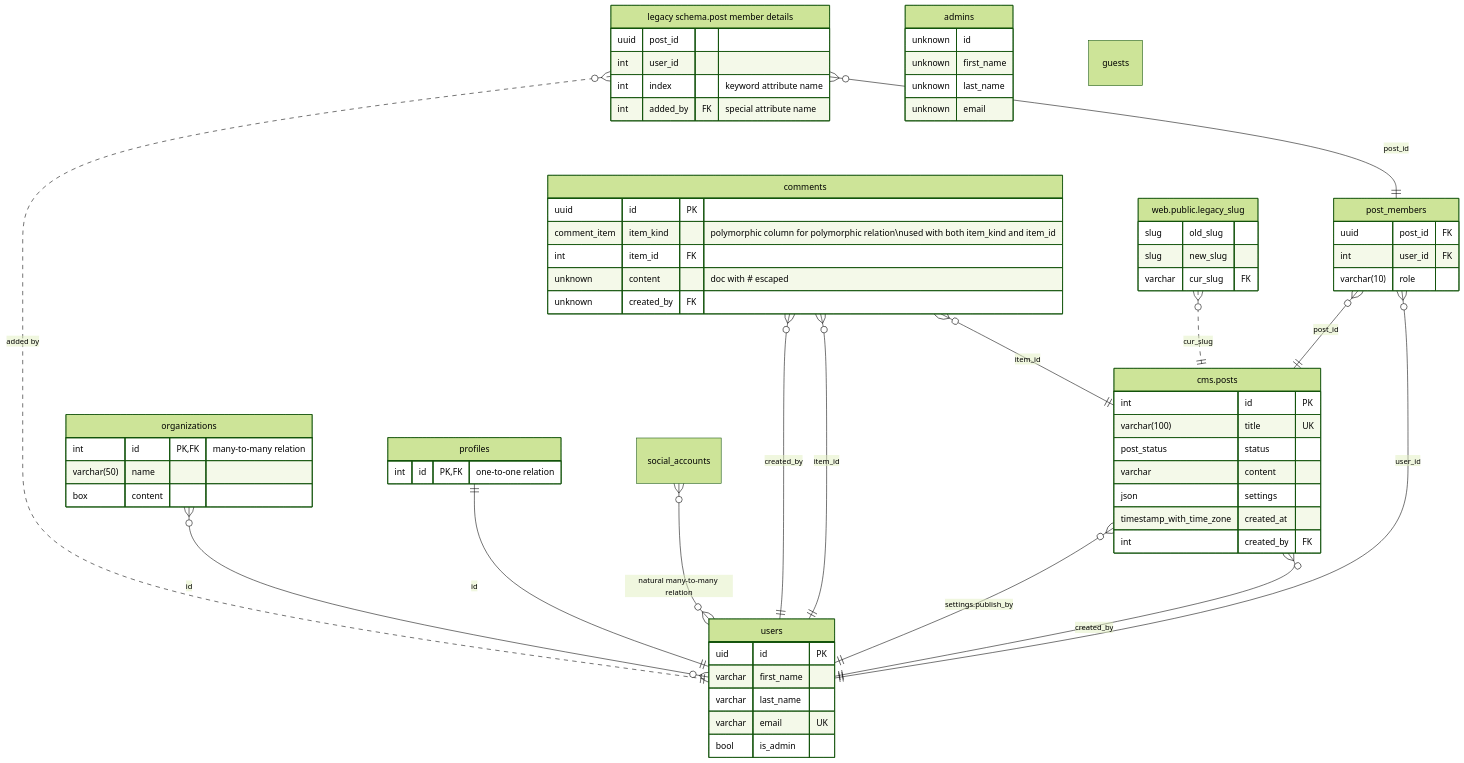
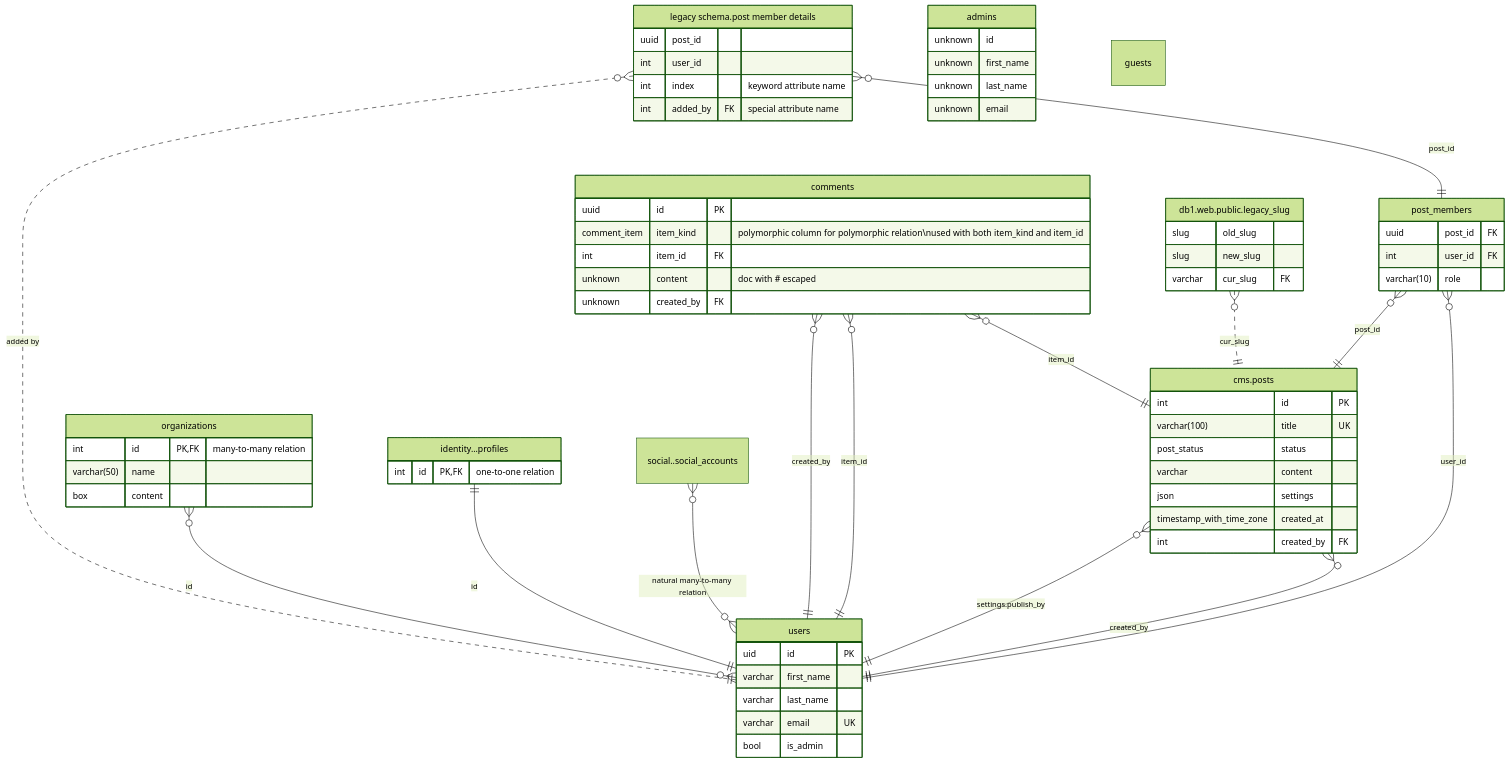
The diagram in libs/aml/resources/full.md (azimuttapp/azimutt), drawn with Mermaid (forest theme) before and after one commit. The commit also changed other lines of this file and 19 other files, not shown here.

````diff
--- a/libs/aml/resources/full.md
+++ b/libs/aml/resources/full.md
@@ -168,81 +172,81 @@
 ```mermaid
 erDiagram
     users {
         uid id PK
         varchar first_name
         varchar last_name
         varchar email UK
         bool is_admin
     }
 
     "cms.posts" {
         int id PK
         varchar(100) title UK
         post_status status
         varchar content
         json settings
         timestamp_with_time_zone created_at
         int created_by FK
     }
     "cms.posts" }o--|| users : "settings.publish_by"
     "cms.posts" }o--|| users : created_by
 
     post_members {
         uuid post_id FK
         int user_id FK
         varchar(10) role
     }
     post_members }o--|| "cms.posts" : post_id
     post_members }o--|| users : user_id
 
     "legacy schema.post member details" {
         uuid post_id
         int user_id
         int index "keyword attribute name"
         int added_by FK "special attribute name"
     }
     "legacy schema.post member details" }o..|| users : "added by"
     "legacy schema.post member details" }o--|| post_members : post_id
 
     comments {
         uuid id PK
         comment_item item_kind "polymorphic column for polymorphic relation\nused with both item_kind and item_id"
         int item_id FK
         unknown content "doc with # escaped"
         unknown created_by FK
     }
     comments }o--|| users : created_by
     comments }o--|| users : item_id
     comments }o--|| "cms.posts" : item_id
 
-    "web.public.legacy_slug" {
+    "db1.web.public.legacy_slug" {
         slug old_slug
         slug new_slug
         varchar cur_slug FK
     }
-    "web.public.legacy_slug" }o..|| "cms.posts" : cur_slug
+    "db1.web.public.legacy_slug" }o..|| "cms.posts" : cur_slug
 
     organizations {
         int id PK, FK "many-to-many relation"
         varchar(50) name
         box content
     }
     organizations }o--o{ users : id
 
-    profiles {
+    "identity...profiles" {
         int id PK, FK "one-to-one relation"
     }
-    profiles ||--|| users : id
+    "identity...profiles" ||--|| users : id
 
     admins {
         unknown id
         unknown first_name
         unknown last_name
         unknown email
     }
 
     guests
 
-    social_accounts
-    social_accounts }o--o{ users : "natural many-to-many relation"
+    "social..social_accounts"
+    "social..social_accounts" }o--o{ users : "natural many-to-many relation"
 ```
````
